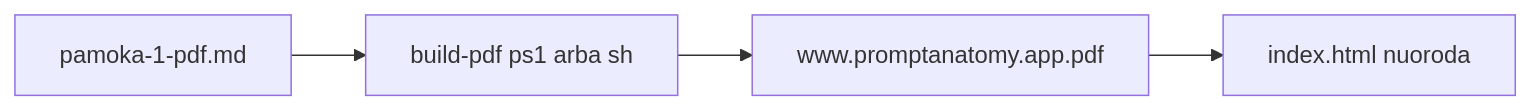
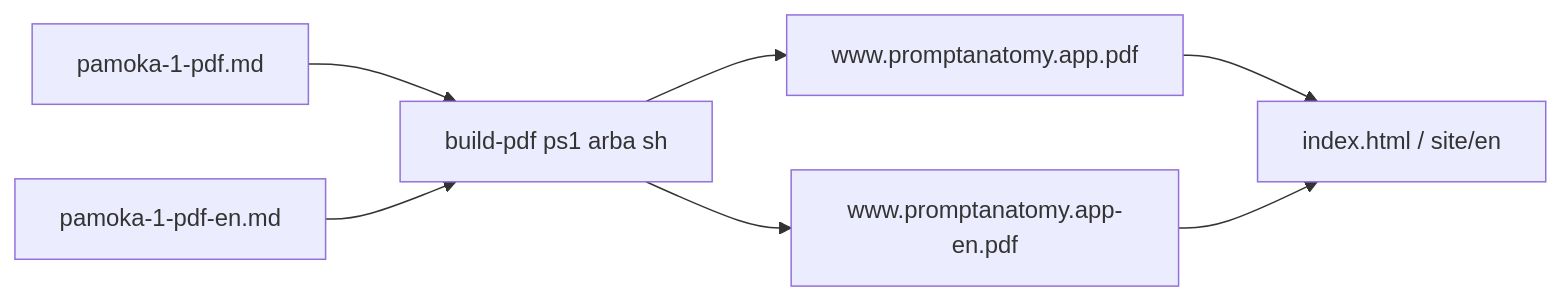
Before and after one commit to DITreneris/lead: the first of 3 diagrams in .cursor/skills/data-agent/reference.md, drawn with Mermaid. The commit also changed 17 other files, not shown here.

First line of the commit message:
feat(pdf): English lesson summary PDF and EN site links

````diff
--- a/.cursor/skills/data-agent/reference.md
+++ b/.cursor/skills/data-agent/reference.md
@@ -7,10 +7,15 @@
 ```mermaid
 flowchart LR
-  mdSource[pamoka-1-pdf.md]
+  mdLt[pamoka-1-pdf.md]
+  mdEn[pamoka-1-pdf-en.md]
   buildScript[build-pdf ps1 arba sh]
-  pdfAsset[www.promptanatomy.app.pdf]
-  indexPage[index.html nuoroda]
-  mdSource --> buildScript
-  buildScript --> pdfAsset
-  pdfAsset --> indexPage
+  pdfLt[www.promptanatomy.app.pdf]
+  pdfEn[www.promptanatomy.app-en.pdf]
+  indexPage[index.html / site/en]
+  mdLt --> buildScript
+  mdEn --> buildScript
+  buildScript --> pdfLt
+  buildScript --> pdfEn
+  pdfLt --> indexPage
+  pdfEn --> indexPage
 ```
````
